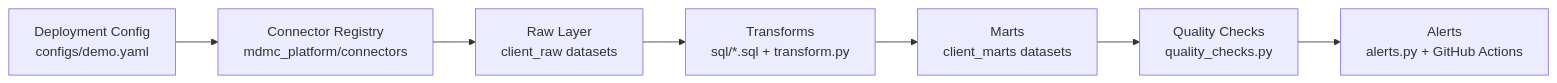
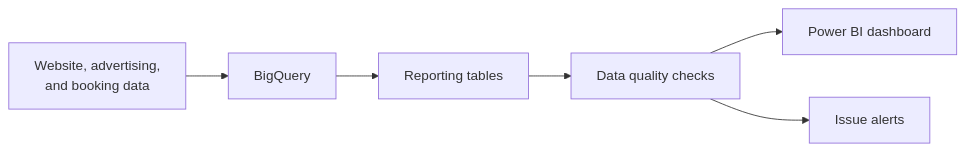
The diagram in README.md (madison-crowley/mdmc-reporting-demo), drawn with Mermaid before and after one commit. The commit also changed other lines of this file and 1 other file, not shown here.

Commit message:
Separate demo overview from developer guidance

````diff
--- a/README.md
+++ b/README.md
@@ -59,9 +30,8 @@
 ```mermaid
 flowchart LR
-    A["Deployment Config<br/>configs/demo.yaml"] --> B["Connector Registry<br/>mdmc_platform/connectors"]
-    B --> C["Raw Layer<br/>client_raw datasets"]
-    C --> D["Transforms<br/>sql/*.sql + transform.py"]
-    D --> E["Marts<br/>client_marts datasets"]
-    E --> F["Quality Checks<br/>quality_checks.py"]
-    F --> G["Alerts<br/>alerts.py + GitHub Actions"]
+    A["Website, advertising,<br/>and booking data"] --> B["BigQuery"]
+    B --> C["Reporting tables"]
+    C --> D["Data quality checks"]
+    D --> E["Power BI dashboard"]
+    D --> F["Issue alerts"]
 ```
````
